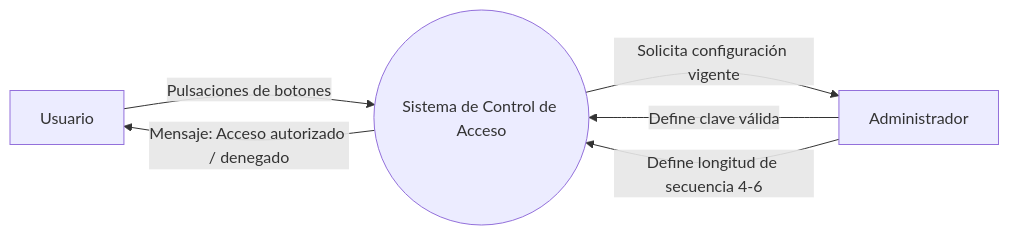
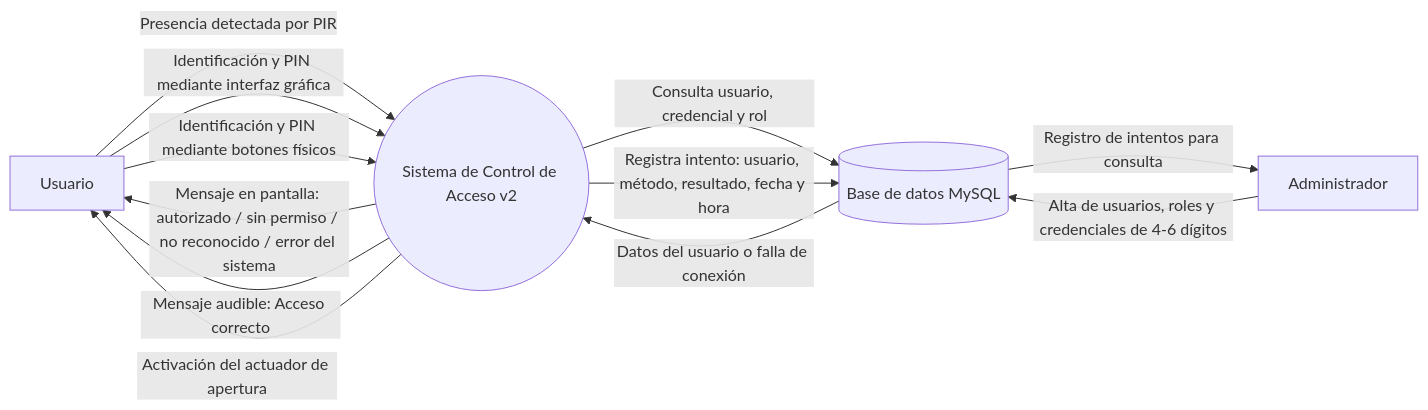
The diagram in docs/dfd-0.md (MrGodie/ControlAccesoRPI), drawn with Mermaid before and after one commit.

Commit message:
docs: Updated dfd-0 (closes #34)

````diff
--- a/docs/dfd-0.md
+++ b/docs/dfd-0.md
@@ -1,8 +1,22 @@
 ```mermaid
 flowchart LR
-    U[Usuario] -->|Pulsaciones de botones| S((Sistema de Control de Acceso))
-    S -->|Mensaje: Acceso autorizado / denegado| U
-    S -->|Solicita configuración vigente| A[Administrador]
-    A -->|Define clave válida| S
-    A -->|Define longitud de secuencia 4-6| S
+    U[Usuario]
+    A[Administrador]
+    DB[(Base de datos MySQL)]
+    S((Sistema de Control de Acceso v2))
+
+    U -->|Presencia detectada por PIR| S
+    U -->|Identificación y PIN mediante interfaz gráfica| S
+    U -->|Identificación y PIN mediante botones físicos| S
+
+    S -->|Mensaje en pantalla: autorizado / sin permiso / no reconocido / error del sistema| U
+    S -->|Mensaje audible: Acceso correcto| U
+    S -->|Activación del actuador de apertura| U
+
+    A -->|Alta de usuarios, roles y credenciales de 4-6 dígitos| DB
+    DB -->|Registro de intentos para consulta| A
+
+    S -->|Consulta usuario, credencial y rol| DB
+    DB -->|Datos del usuario o falla de conexión| S
+    S -->|Registra intento: usuario, método, resultado, fecha y hora| DB
 ```
````
